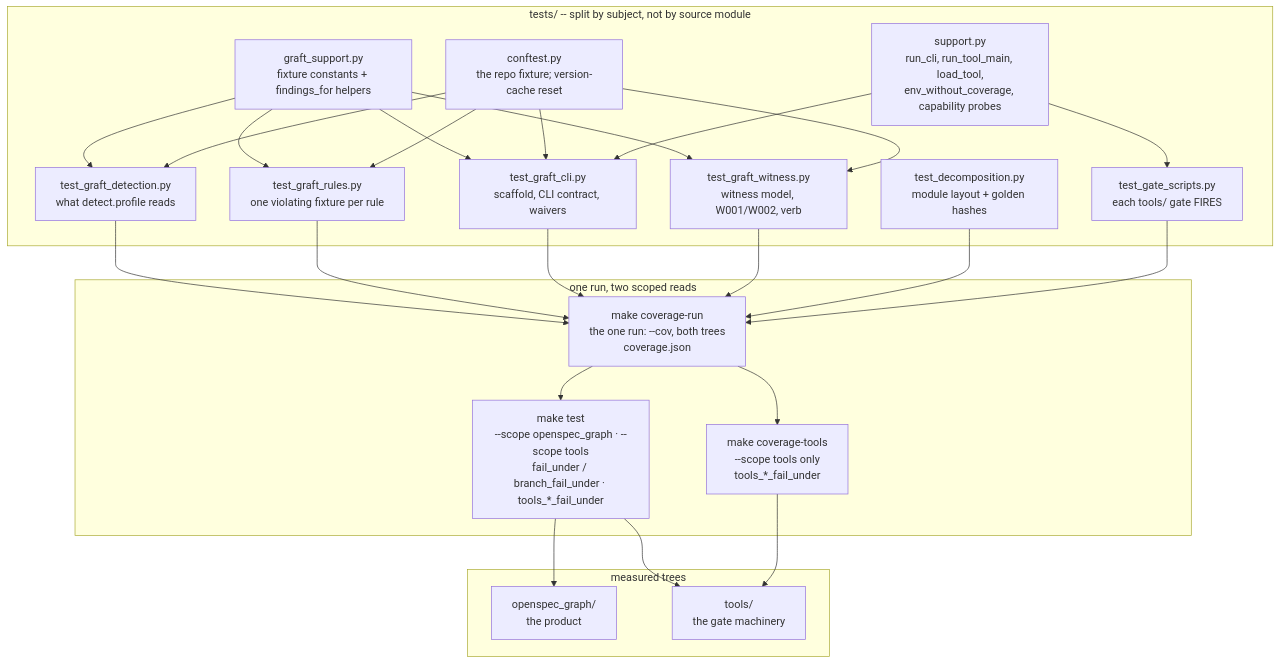
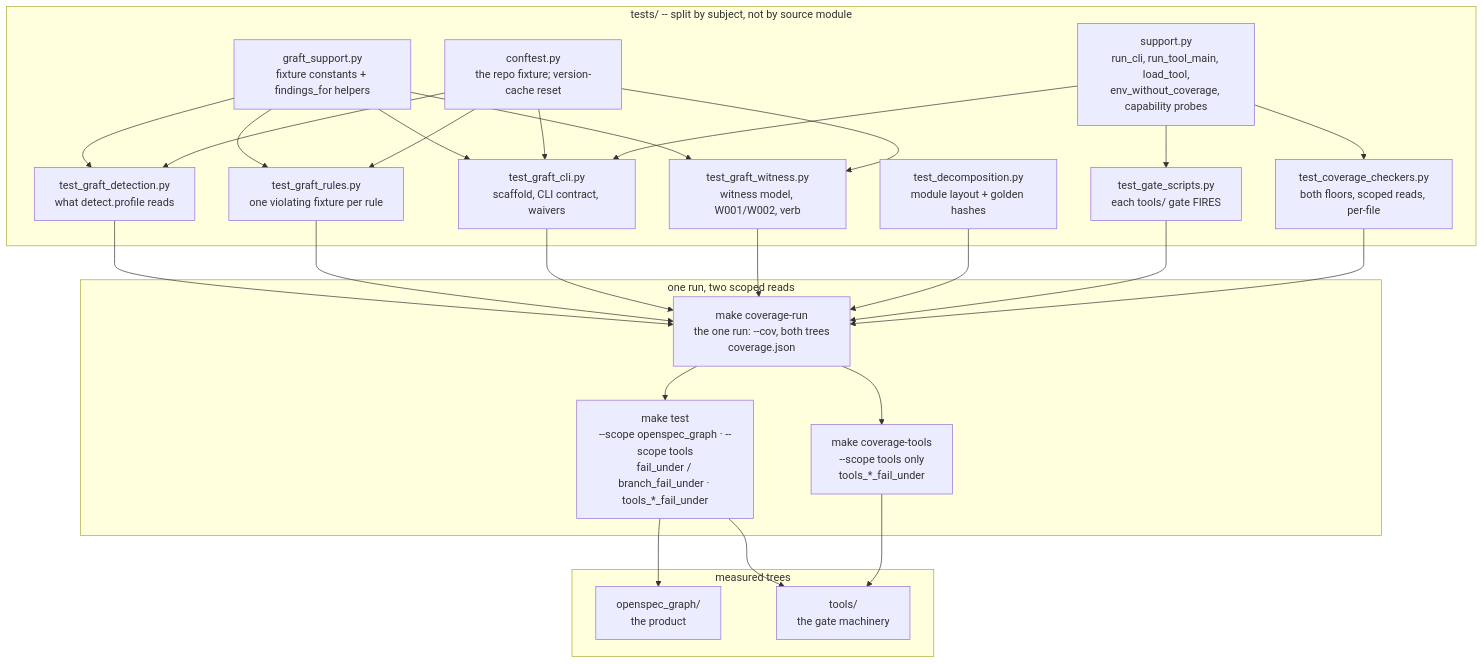
Before and after one commit to ianshank/planlint: the fifth of 5 diagrams in docs/architecture/c4.md, drawn with Mermaid. The commit also changed other lines of this file and 38 other files, not shown here.

````diff
--- a/docs/architecture/c4.md
+++ b/docs/architecture/c4.md
@@ -206,32 +206,33 @@
 ```mermaid
 flowchart TD
     subgraph measured["measured trees"]
         pkg["openspec_graph/<br/>the product"]
         tools["tools/<br/>the gate machinery"]
     end
 
     subgraph suite["tests/ -- split by subject, not by source module"]
         support["support.py<br/>run_cli, run_tool_main, load_tool,<br/>env_without_coverage, capability probes"]
         graftsup["graft_support.py<br/>fixture constants + findings_for helpers"]
         conftest["conftest.py<br/>the repo fixture; version-cache reset"]
         detection["test_graft_detection.py<br/>what detect.profile reads"]
         rulestests["test_graft_rules.py<br/>one violating fixture per rule"]
         clitests["test_graft_cli.py<br/>scaffold, CLI contract, waivers"]
         witnesstests["test_graft_witness.py<br/>witness model, W001/W002, verb"]
         gatetests["test_gate_scripts.py<br/>each tools/ gate FIRES"]
+        checkers["test_coverage_checkers.py<br/>both floors, scoped reads, per-file"]
         decomp["test_decomposition.py<br/>module layout + golden hashes"]
     end
 
     subgraph gates["one run, two scoped reads"]
         covrun["make coverage-run<br/>the one run: --cov, both trees<br/>coverage.json"]
         mktest["make test<br/>--scope openspec_graph · --scope tools<br/>fail_under / branch_fail_under · tools_*_fail_under"]
         mkcov["make coverage-tools<br/>--scope tools only<br/>tools_*_fail_under"]
     end
 
     graftsup --> detection & rulestests & clitests & witnesstests
     conftest --> detection & rulestests & clitests & witnesstests
-    support --> gatetests & clitests
-    detection & rulestests & clitests & witnesstests & decomp & gatetests --> covrun
+    support --> gatetests & checkers & clitests
+    detection & rulestests & clitests & witnesstests & decomp & gatetests & checkers --> covrun
     covrun --> mktest --> pkg & tools
     covrun --> mkcov --> tools
 ```
````
